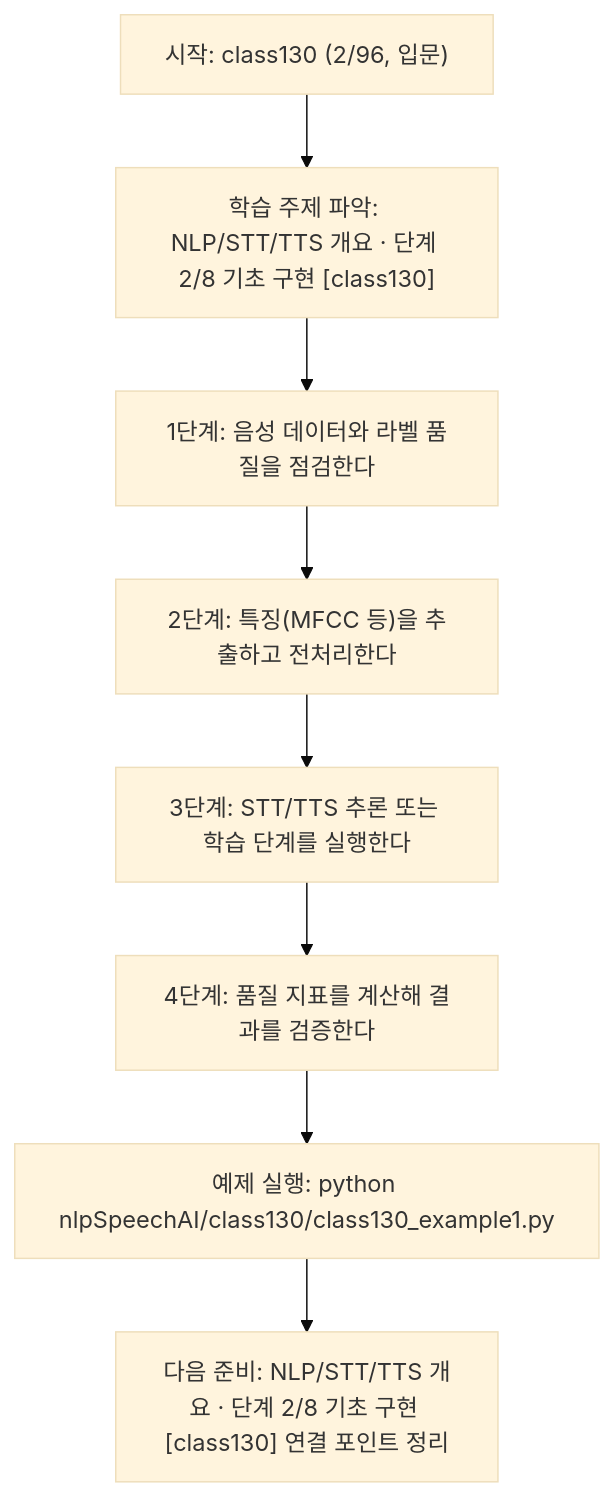
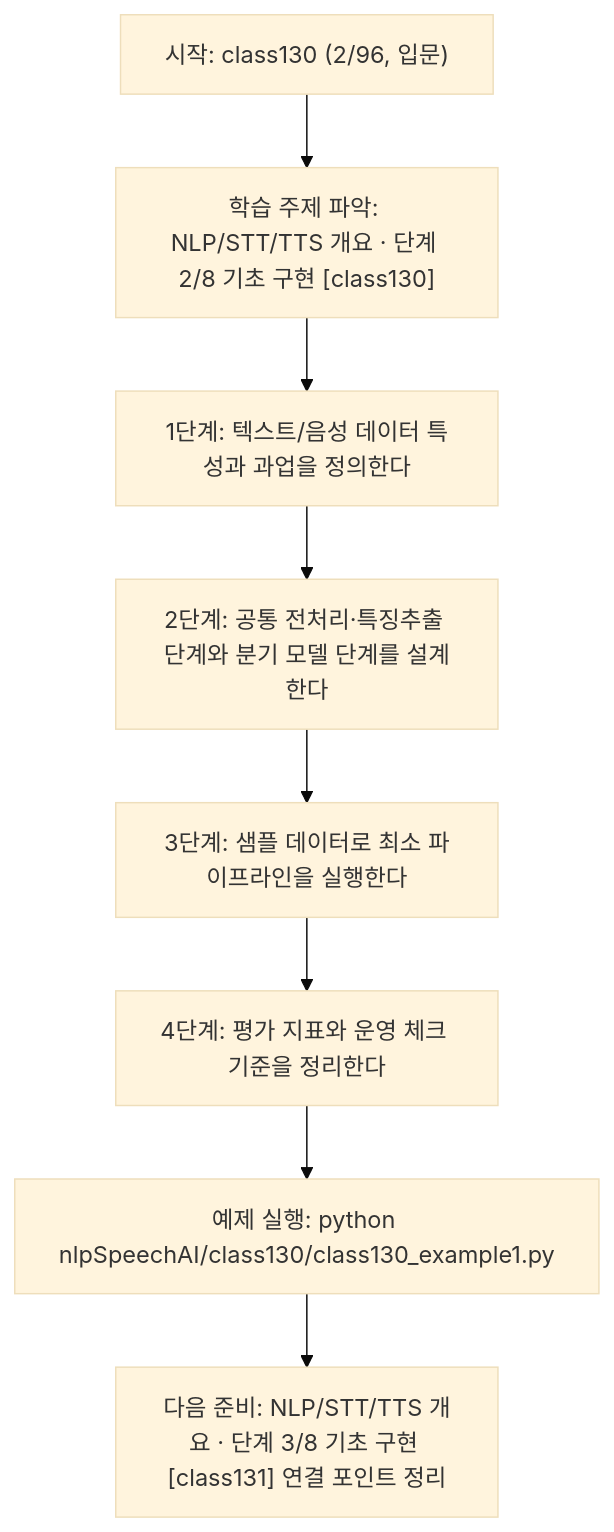
Before and after one commit to edumgt/Python-AI_Agent-Class: the diagram in nlpSpeechAI/class130/class130.md, drawn with Mermaid (base theme). The commit also changed other lines of this file and 1122 other files, not shown here.

````diff
--- a/nlpSpeechAI/class130/class130.md
+++ b/nlpSpeechAI/class130/class130.md
@@ -115,18 +95,18 @@
 ```mermaid
 flowchart TD
 N1["시작: class130 (2/96, 입문)"]
 N2["학습 주제 파악: NLP/STT/TTS 개요 · 단계 2/8 기초 구현 [class130]"]
-N3["1단계: 음성 데이터와 라벨 품질을 점검한다"]
-N4["2단계: 특징(MFCC 등)을 추출하고 전처리한다"]
-N5["3단계: STT/TTS 추론 또는 학습 단계를 실행한다"]
-N6["4단계: 품질 지표를 계산해 결과를 검증한다"]
+N3["1단계: 텍스트/음성 데이터 특성과 과업을 정의한다"]
+N4["2단계: 공통 전처리·특징추출 단계와 분기 모델 단계를 설계한다"]
+N5["3단계: 샘플 데이터로 최소 파이프라인을 실행한다"]
+N6["4단계: 평가 지표와 운영 체크 기준을 정리한다"]
 N7["예제 실행: python nlpSpeechAI/class130/class130_example1.py"]
-N8["다음 준비: NLP/STT/TTS 개요 · 단계 2/8 기초 구현 [class130] 연결 포인트 정리"]
+N8["다음 준비: NLP/STT/TTS 개요 · 단계 3/8 기초 구현 [class131] 연결 포인트 정리"]
 N1 --> N2
 N2 --> N3
 N3 --> N4
 N4 --> N5
 N5 --> N6
 N6 --> N7
 N7 --> N8
 ```
````
